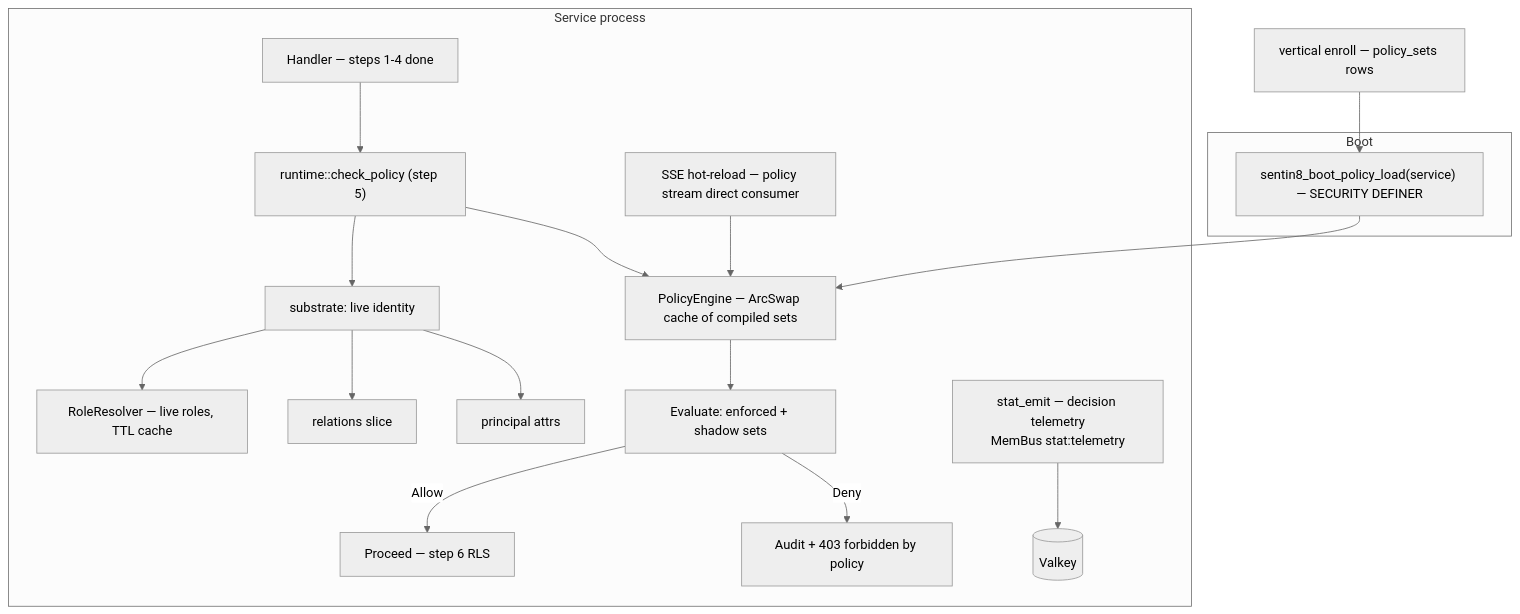
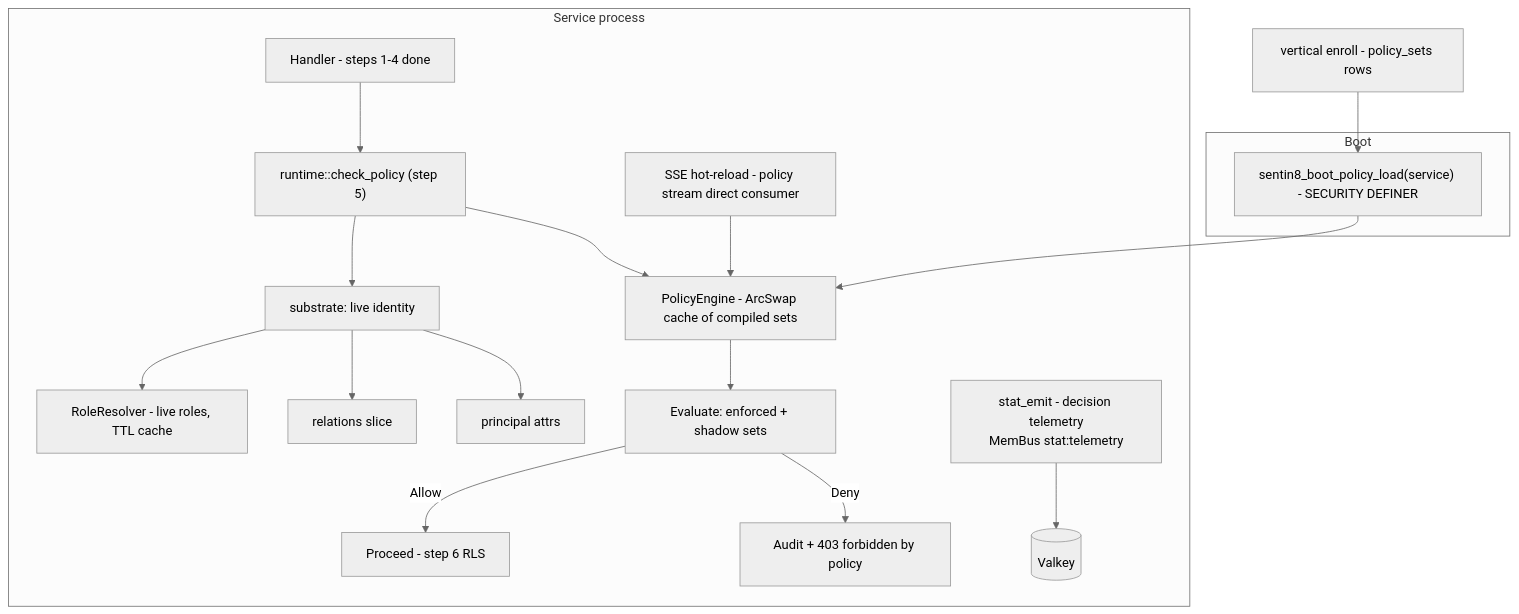
One commit to Sentin8/sentin8-sdk changed the diagram in shield/shield/README.md. Above: the diagram before and after it, drawn with Mermaid (neutral theme). The commit also changed other lines of this file and 107 other files, not shown here.

````diff
--- a/shield/shield/README.md
+++ b/shield/shield/README.md
@@ -31,20 +31,20 @@
 ```mermaid
 graph TD
     subgraph Service process
-        A[Handler — steps 1-4 done] --> B["runtime::check_policy (step 5)"]
+        A[Handler - steps 1-4 done] --> B["runtime::check_policy (step 5)"]
         B --> C[substrate: live identity]
-        C --> C1[RoleResolver — live roles, TTL cache]
+        C --> C1[RoleResolver - live roles, TTL cache]
         C --> C2[relations slice]
         C --> C3[principal attrs]
-        B --> D[PolicyEngine — ArcSwap cache of compiled sets]
+        B --> D[PolicyEngine - ArcSwap cache of compiled sets]
         D --> D1[Evaluate: enforced + shadow sets]
-        D1 -->|Allow| E[Proceed — step 6 RLS]
+        D1 -->|Allow| E[Proceed - step 6 RLS]
         D1 -->|Deny| F[Audit + 403 forbidden by policy]
-        G[SSE hot-reload — policy stream direct consumer] --> D
-        H[stat_emit — decision telemetry<br/>MemBus stat:telemetry] --> I[(Valkey)]
+        G[SSE hot-reload - policy stream direct consumer] --> D
+        H[stat_emit - decision telemetry<br/>MemBus stat:telemetry] --> I[(Valkey)]
     end
     subgraph Boot
-        J["sentin8_boot_policy_load(service) — SECURITY DEFINER"] --> D
+        J["sentin8_boot_policy_load(service) - SECURITY DEFINER"] --> D
     end
-    K[vertical enroll — policy_sets rows] --> J
+    K[vertical enroll - policy_sets rows] --> J
 ```
````
